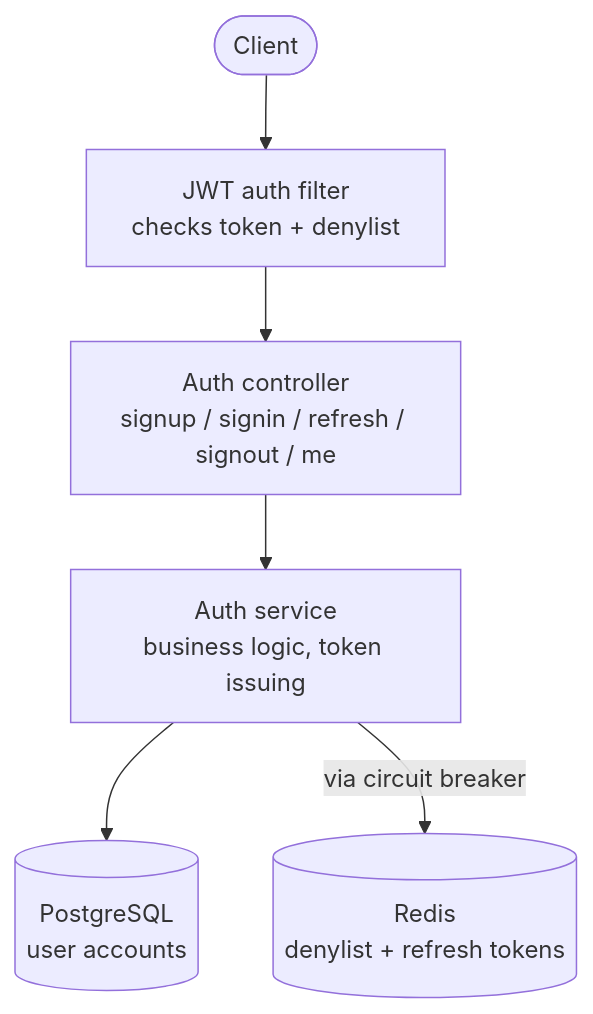
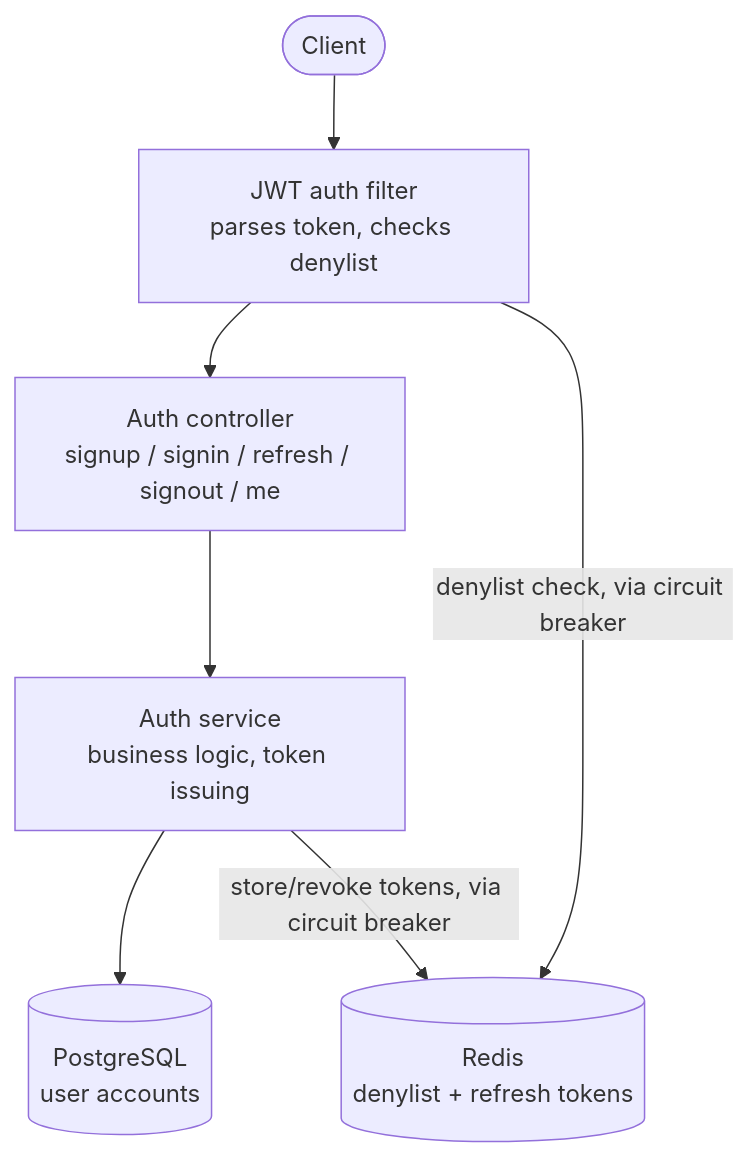
The diagram in README.md (nethunirajapakse/sawiya-auth-service), drawn with Mermaid before and after one commit.

Commit message:
Refine JWT auth filter and Redis circuit breaker details
Updated the JWT auth filter description and clarified Redis interactions in the flowchart.

````diff
--- a/README.md
+++ b/README.md
@@ -22,13 +22,14 @@
 ```mermaid
 flowchart TD
     Client(["Client"])
-    Filter["JWT auth filter<br/>checks token + denylist"]
+    Filter["JWT auth filter<br/>parses token, checks denylist"]
     Controller["Auth controller<br/>signup / signin / refresh / signout / me"]
     Service["Auth service<br/>business logic, token issuing"]
     Postgres[("PostgreSQL<br/>user accounts")]
     Redis[("Redis<br/>denylist + refresh tokens")]
 
     Client --> Filter --> Controller --> Service
     Service --> Postgres
-    Service -- "via circuit breaker" --> Redis
+    Filter -- "denylist check, via circuit breaker" --> Redis
+    Service -- "store/revoke tokens, via circuit breaker" --> Redis
 ```
````
